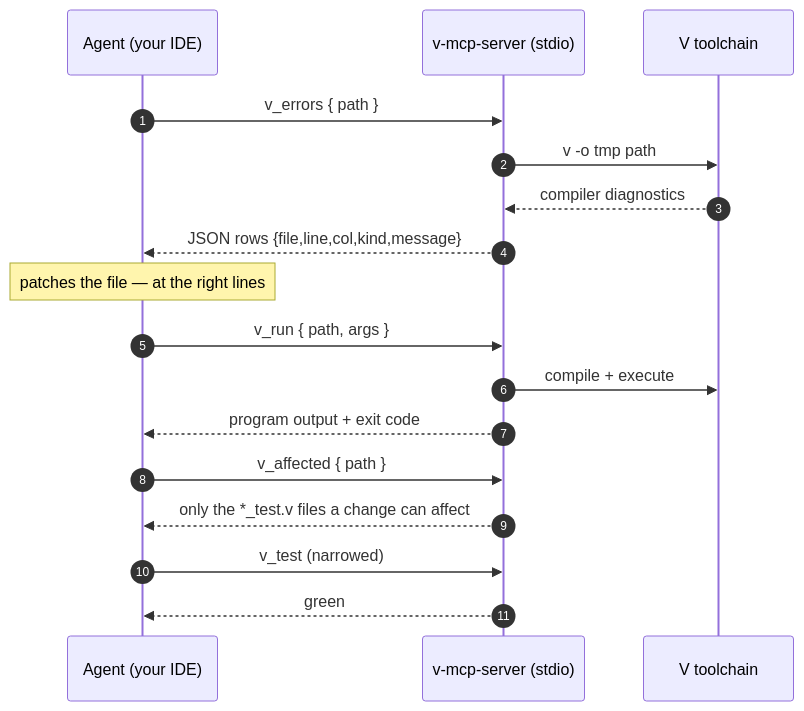
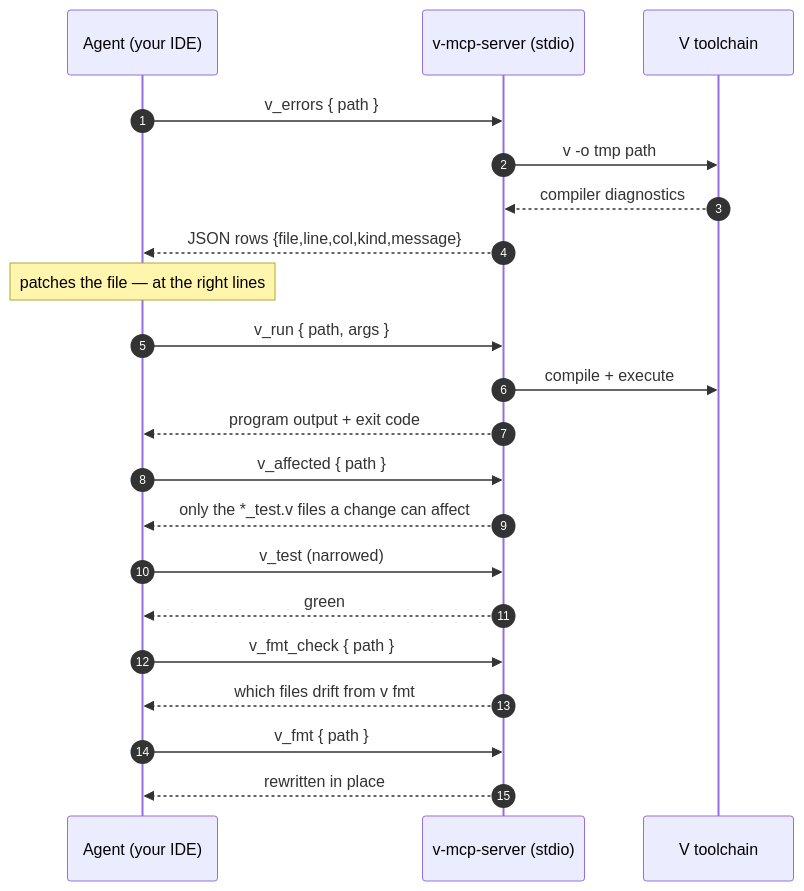
The diagram in README.md (gil-silva/v-mcp-server), drawn with Mermaid before and after one commit. The commit also changed other lines of this file, not shown here.

First line of the commit message:
README: match 0.6.0 — new asks, fmt loop, narrowing and flags rows

````diff
--- a/README.md
+++ b/README.md
@@ -36,19 +37,23 @@
 ```mermaid
 sequenceDiagram
     autonumber
     participant A as Agent (your IDE)
     participant S as v-mcp-server (stdio)
     participant V as V toolchain
     A->>S: v_errors { path }
     S->>V: v -o tmp path
     V-->>S: compiler diagnostics
     S-->>A: JSON rows {file,line,col,kind,message}
     Note over A: patches the file — at the right lines
     A->>S: v_run { path, args }
     S->>V: compile + execute
     S-->>A: program output + exit code
     A->>S: v_affected { path }
     S-->>A: only the *_test.v files a change can affect
     A->>S: v_test (narrowed)
     S-->>A: green
+    A->>S: v_fmt_check { path }
+    S-->>A: which files drift from v fmt
+    A->>S: v_fmt { path }
+    S-->>A: rewritten in place
 ```
````
